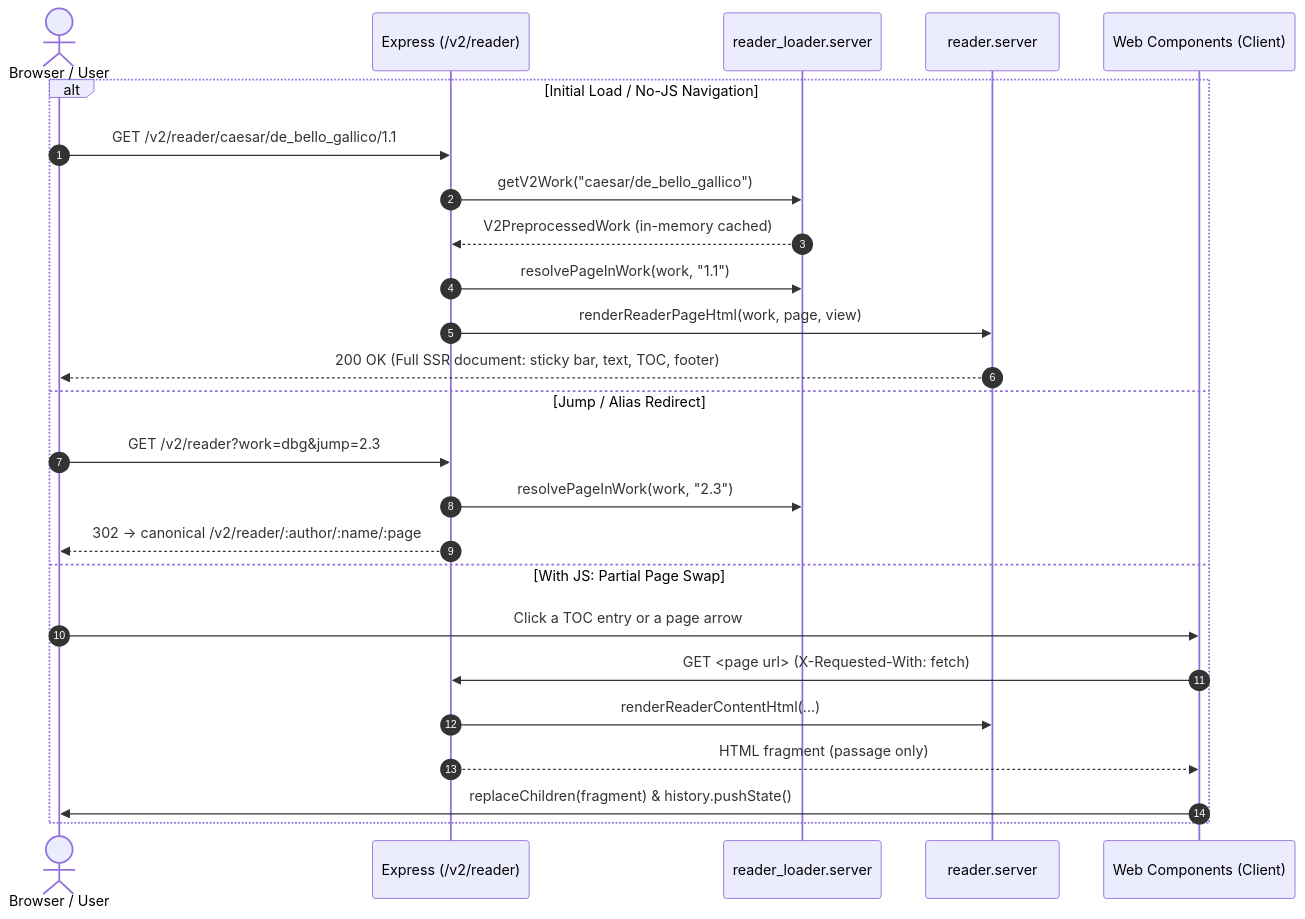
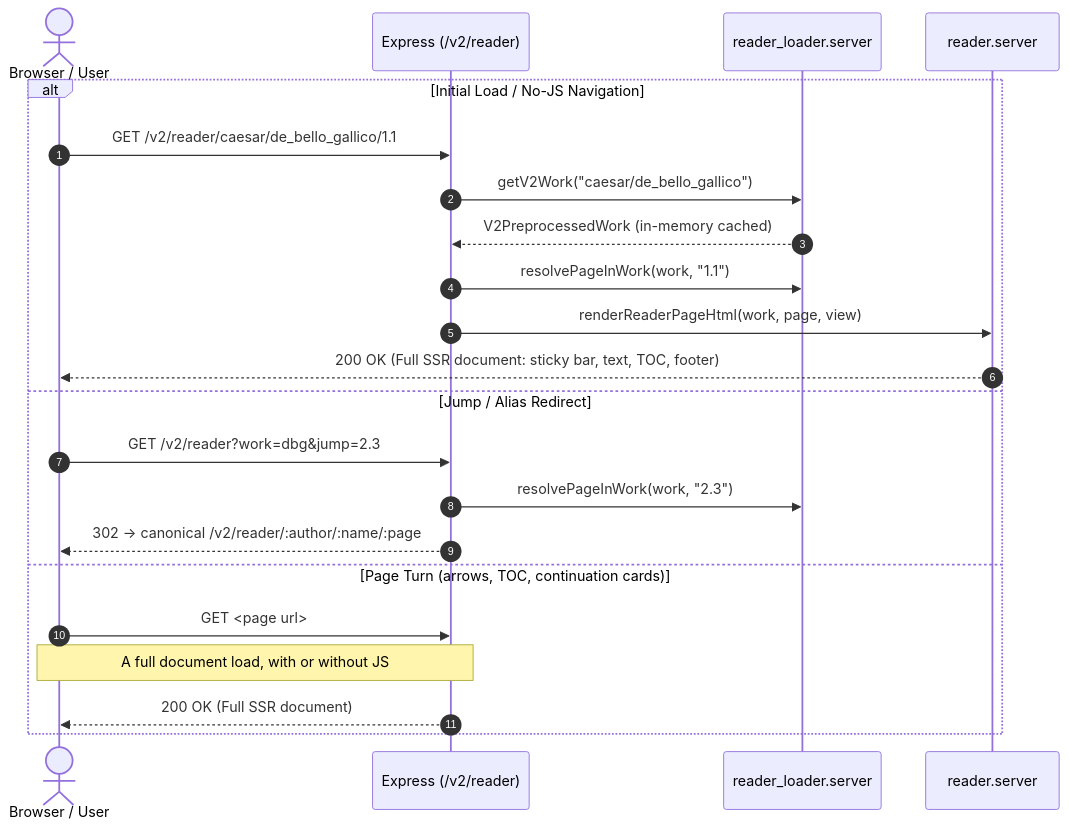
One commit to nkprasad12/morcus-net changed the diagram in src/web/v2/reader/README.md. Above: the diagram before and after it, drawn with Mermaid. The commit also changed other lines of this file and 1 other file, not shown here.

Commit message:
docs(v2/reader): track client-side page navigation gap and correct lifecycle diagram

````diff
--- a/src/web/v2/reader/README.md
+++ b/src/web/v2/reader/README.md
@@ -13,28 +13,25 @@
 ```mermaid
 sequenceDiagram
     autonumber
     actor User as Browser / User
     participant Router as Express (/v2/reader)
     participant Loader as reader_loader.server
     participant Render as reader.server
-    participant Client as Web Components (Client)
 
     alt Initial Load / No-JS Navigation
         User->>Router: GET /v2/reader/caesar/de_bello_gallico/1.1
         Router->>Loader: getV2Work("caesar/de_bello_gallico")
         Loader-->>Router: V2PreprocessedWork (in-memory cached)
         Router->>Loader: resolvePageInWork(work, "1.1")
         Router->>Render: renderReaderPageHtml(work, page, view)
         Render-->>User: 200 OK (Full SSR document: sticky bar, text, TOC, footer)
     else Jump / Alias Redirect
         User->>Router: GET /v2/reader?work=dbg&jump=2.3
         Router->>Loader: resolvePageInWork(work, "2.3")
         Router-->>User: 302 -> canonical /v2/reader/:author/:name/:page
-    else With JS: Partial Page Swap
-        User->>Client: Click a TOC entry or a page arrow
-        Client->>Router: GET <page url> (X-Requested-With: fetch)
-        Router->>Render: renderReaderContentHtml(...)
-        Router-->>Client: HTML fragment (passage only)
-        Client->>User: replaceChildren(fragment) & history.pushState()
+    else Page Turn (arrows, TOC, continuation cards)
+        User->>Router: GET <page url>
+        Note over User,Router: A full document load, with or without JS
+        Router-->>User: 200 OK (Full SSR document)
     end
 ```
````
